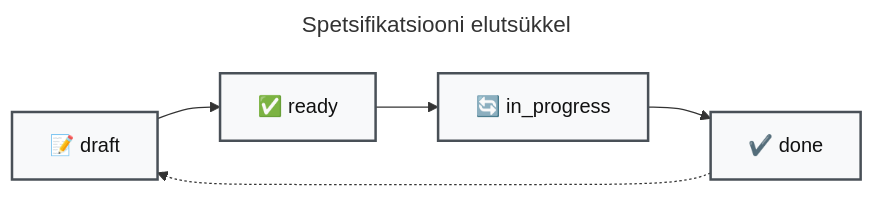
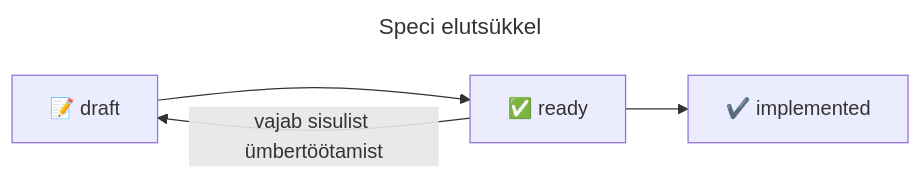
The sixth of 17 diagrams in process/specification-driven-development.md (e-gov/cursor-prompts), drawn with Mermaid before and after one commit. The commit also changed other lines of this file and 18 other files, not shown here.

````diff
--- a/process/specification-driven-development.md
+++ b/process/specification-driven-development.md
@@ -259,11 +265,9 @@
 ```mermaid
 ---
-title: Spetsifikatsiooni elutsükkel
+title: Speci elutsükkel
 ---
 flowchart LR
-    draft["📝 draft"] --> ready["✅ ready"] --> in_progress["🔄 in_progress"] --> done["✔️ done"]
-    done -.-> draft
-
-    classDef status fill:#f8f9fa,stroke:#495057,stroke-width:2px,color:#111111
-    class draft,ready,in_progress,done status
+    draft["📝 draft"] --> ready["✅ ready"]
+    ready --> implemented["✔️ implemented"]
+    ready -->|"vajab sisulist ümbertöötamist"| draft
 ```
````
